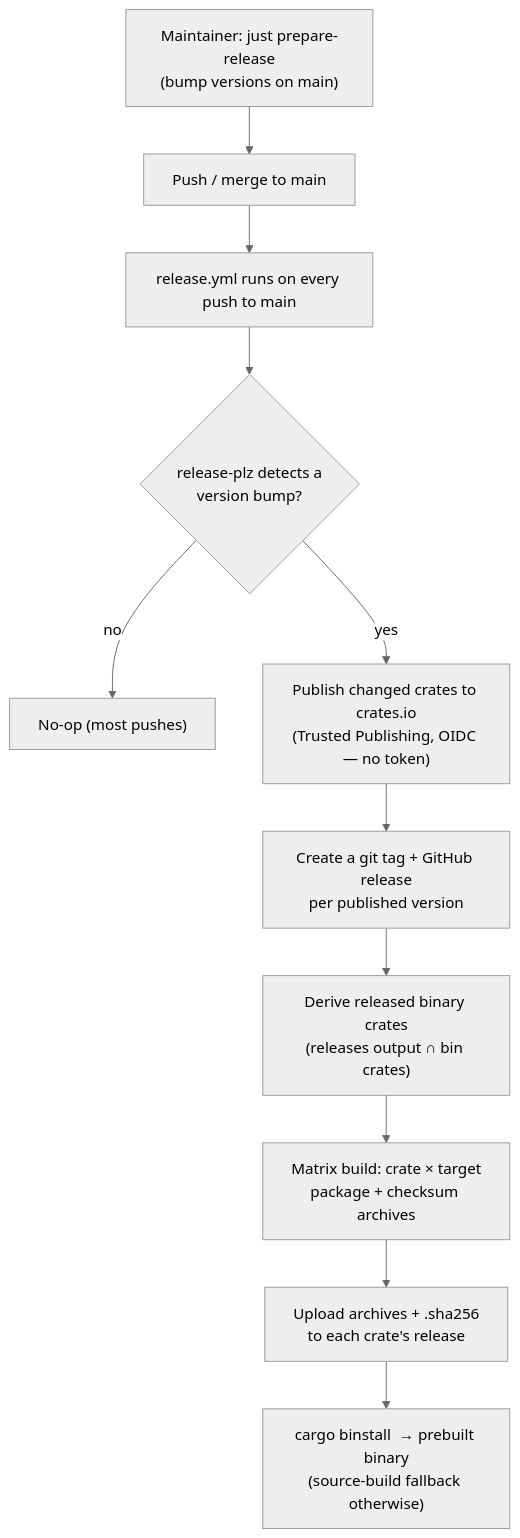
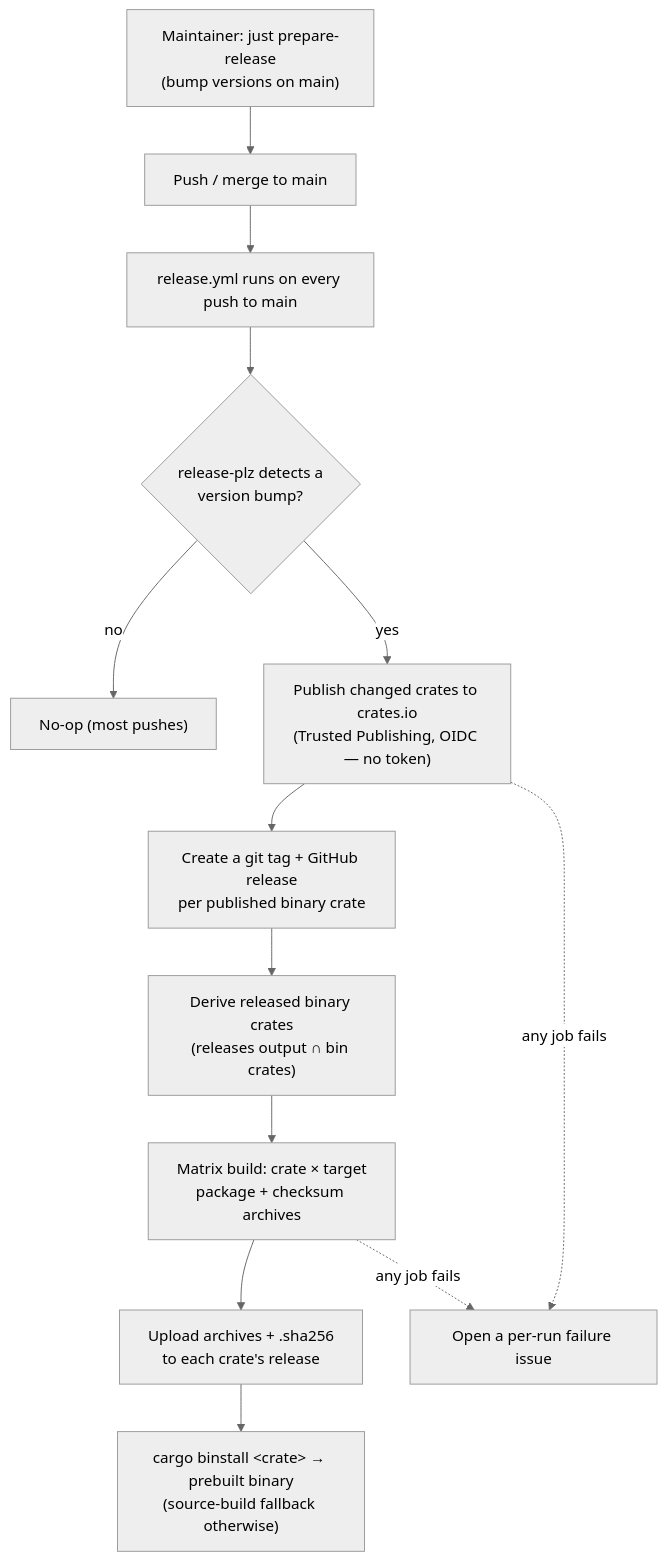
One commit to folo-rs/folo changed the diagram in docs/release-automation.md. Above: the diagram before and after it, drawn with Mermaid (neutral theme). The commit also changed other lines of this file and 1 other file, not shown here.

First line of the commit message:
docs: revise release automation design per review

````diff
--- a/docs/release-automation.md
+++ b/docs/release-automation.md
@@ -77,13 +24,15 @@
 ```mermaid
 flowchart TD
     A["Maintainer: just prepare-release<br/>(bump versions on main)"] --> B["Push / merge to main"]
     B --> C["release.yml runs on every push to main"]
     C --> D{"release-plz detects a<br/>version bump?"}
     D -- no --> Z["No-op (most pushes)"]
     D -- yes --> E["Publish changed crates to crates.io<br/>(Trusted Publishing, OIDC — no token)"]
-    E --> F["Create a git tag + GitHub release<br/>per published version"]
+    E --> F["Create a git tag + GitHub release<br/>per published binary crate"]
     F --> G["Derive released binary crates<br/>(releases output ∩ bin crates)"]
     G --> H["Matrix build: crate × target<br/>package + checksum archives"]
     H --> I["Upload archives + .sha256<br/>to each crate's release"]
-    I --> J["cargo binstall <crate> → prebuilt binary<br/>(source-build fallback otherwise)"]
+    I --> J["cargo binstall &lt;crate&gt; → prebuilt binary<br/>(source-build fallback otherwise)"]
+    E -. any job fails .-> K["Open a per-run failure issue"]
+    H -. any job fails .-> K
 ```
````
